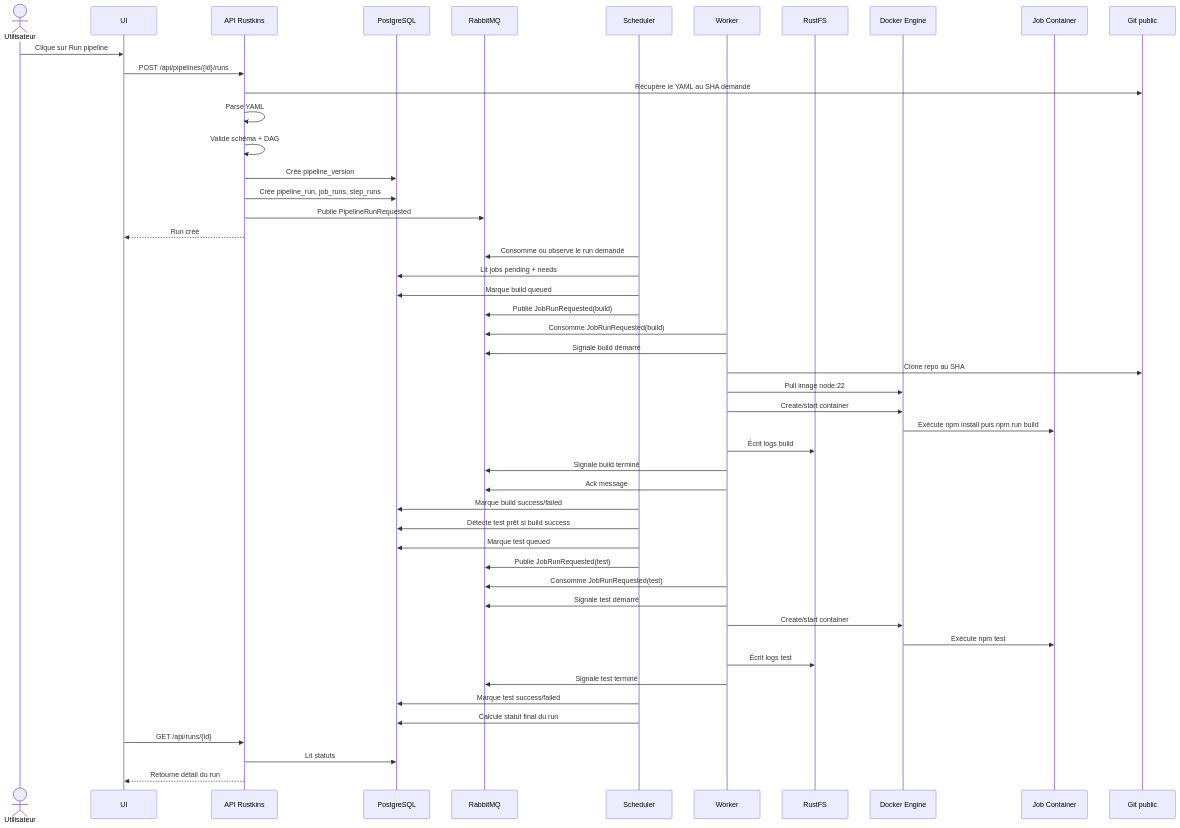
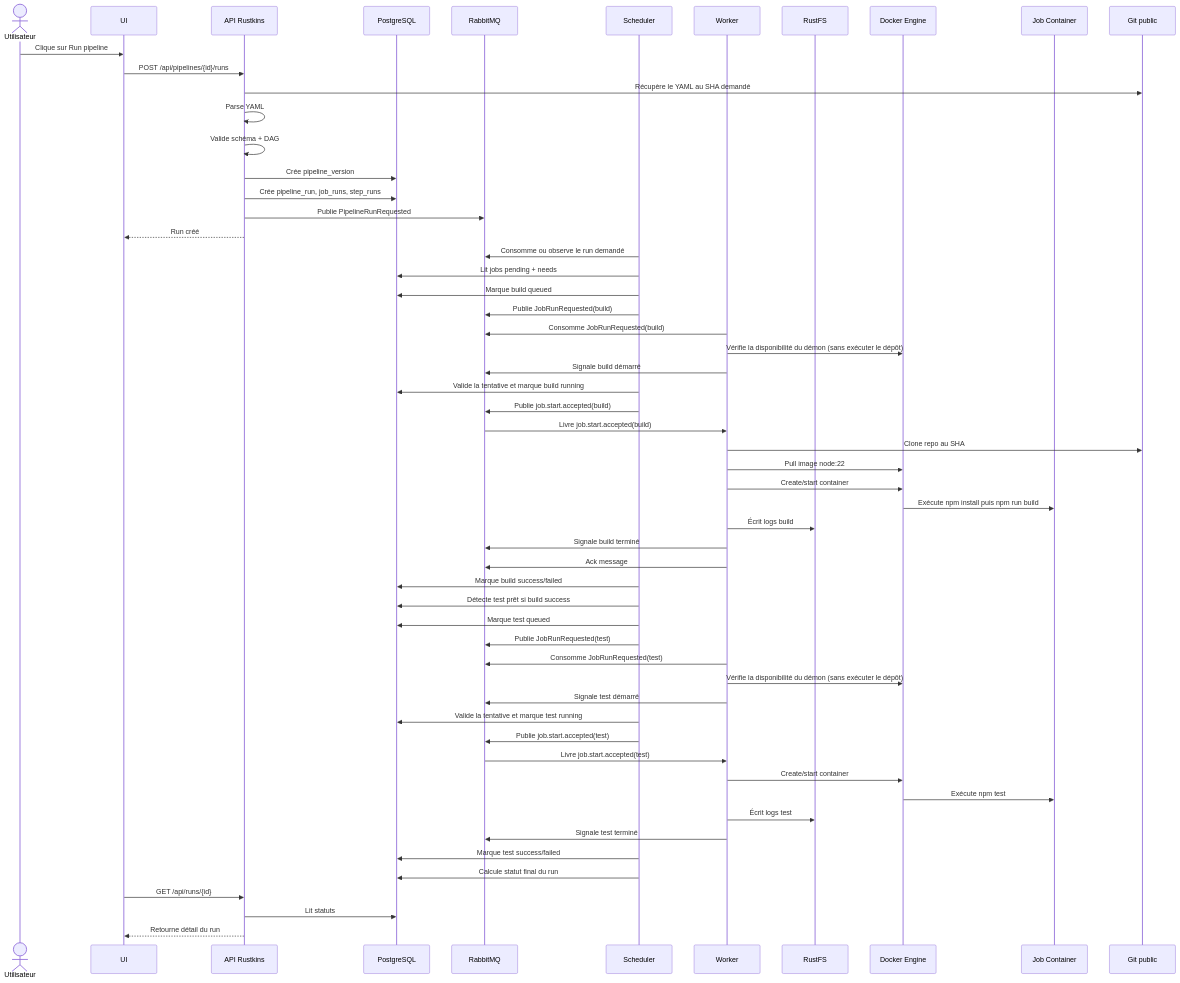
The fourth of 5 diagrams in docs/versions/v0/overview.md (Rustkins-Project/RustkinsDocs), drawn with Mermaid before and after one commit. The commit also changed other lines of this file and 1 other file, not shown here.

````diff
--- a/docs/versions/v0/overview.md
+++ b/docs/versions/v0/overview.md
@@ -765,58 +794,66 @@
 ```mermaid
 sequenceDiagram
   actor User as Utilisateur
   participant UI as UI
   participant API as API Rustkins
   participant PG as PostgreSQL
   participant MQ as RabbitMQ
   participant Scheduler as Scheduler
   participant Worker as Worker
   participant FS as RustFS
   participant Docker as Docker Engine
   participant Job as Job Container
   participant Git as Git public
 
   User->>UI: Clique sur Run pipeline
   UI->>API: POST /api/pipelines/{id}/runs
 
   API->>Git: Récupère le YAML au SHA demandé
   API->>API: Parse YAML
   API->>API: Valide schéma + DAG
   API->>PG: Crée pipeline_version
   API->>PG: Crée pipeline_run, job_runs, step_runs
   API->>MQ: Publie PipelineRunRequested
   API-->>UI: Run créé
 
   Scheduler->>MQ: Consomme ou observe le run demandé
   Scheduler->>PG: Lit jobs pending + needs
   Scheduler->>PG: Marque build queued
   Scheduler->>MQ: Publie JobRunRequested(build)
 
   Worker->>MQ: Consomme JobRunRequested(build)
+  Worker->>Docker: Vérifie la disponibilité du démon (sans exécuter le dépôt)
   Worker->>MQ: Signale build démarré
+  Scheduler->>PG: Valide la tentative et marque build running
+  Scheduler->>MQ: Publie job.start.accepted(build)
+  MQ->>Worker: Livre job.start.accepted(build)
   Worker->>Git: Clone repo au SHA
   Worker->>Docker: Pull image node:22
   Worker->>Docker: Create/start container
   Docker->>Job: Exécute npm install puis npm run build
   Worker->>FS: Écrit logs build
   Worker->>MQ: Signale build terminé
   Worker->>MQ: Ack message
 
   Scheduler->>PG: Marque build success/failed
   Scheduler->>PG: Détecte test prêt si build success
   Scheduler->>PG: Marque test queued
   Scheduler->>MQ: Publie JobRunRequested(test)
 
   Worker->>MQ: Consomme JobRunRequested(test)
+  Worker->>Docker: Vérifie la disponibilité du démon (sans exécuter le dépôt)
   Worker->>MQ: Signale test démarré
+  Scheduler->>PG: Valide la tentative et marque test running
+  Scheduler->>MQ: Publie job.start.accepted(test)
+  MQ->>Worker: Livre job.start.accepted(test)
   Worker->>Docker: Create/start container
   Docker->>Job: Exécute npm test
   Worker->>FS: Écrit logs test
   Worker->>MQ: Signale test terminé
   Scheduler->>PG: Marque test success/failed
 
   Scheduler->>PG: Calcule statut final du run
   UI->>API: GET /api/runs/{id}
   API->>PG: Lit statuts
   API-->>UI: Retourne détail du run
 ```
````
